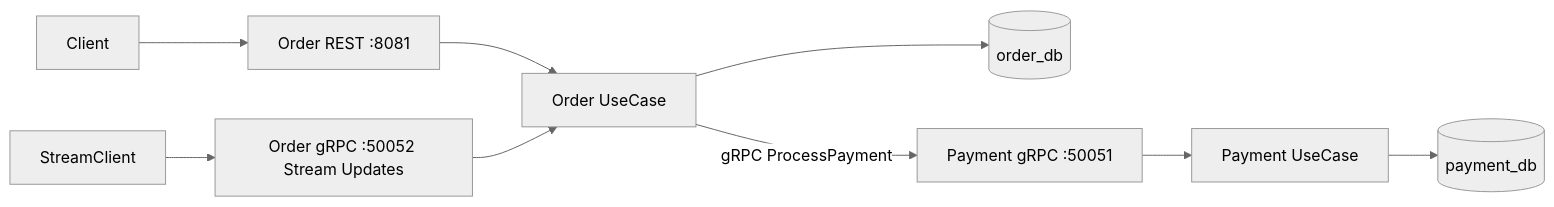
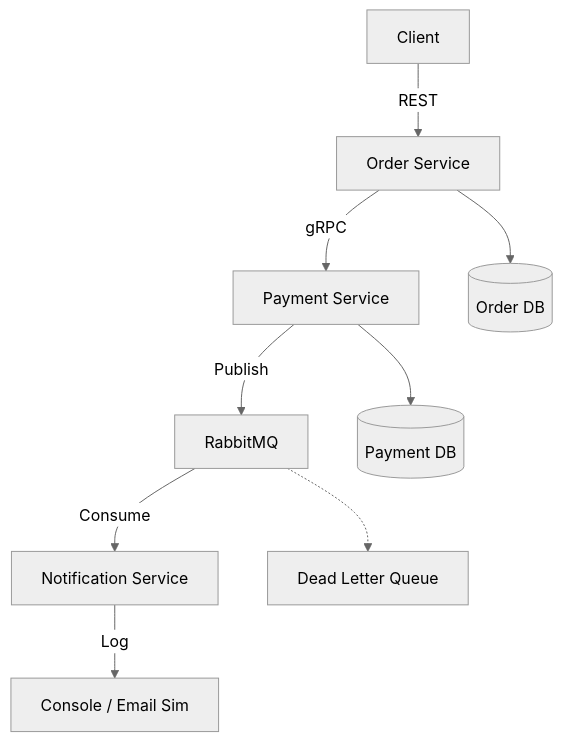
One commit to Meirzhan1/Microservices-Order-Payment-Go changed the diagram in README.md. Above: the diagram before and after it, drawn with Mermaid (neutral theme). The commit also changed other lines of this file and 37 other files, not shown here.

Commit message:
feat: implement Notification Service and RabbitMQ flow for Assignment 3

````diff
--- a/README.md
+++ b/README.md
@@ -19,12 +21,13 @@
 ```mermaid
-flowchart LR
-  Client --> OREST[Order REST :8081]
-  OREST --> OUC[Order UseCase]
-  OUC --> ODB[(order_db)]
-  OUC -->|gRPC ProcessPayment| PGRPC[Payment gRPC :50051]
-  PGRPC --> PUC[Payment UseCase]
-  PUC --> PDB[(payment_db)]
-
-  StreamClient --> OGRPC[Order gRPC :50052 Stream Updates]
-  OGRPC --> OUC
+flowchart TD
+  Client -->|REST| O[Order Service]
+  O -->|gRPC| P[Payment Service]
+  P -->|Publish| RMQ[RabbitMQ]
+  RMQ -->|Consume| N[Notification Service]
+  N -->|Log| Console[Console / Email Sim]
+  
+  O --> ODB[(Order DB)]
+  P --> PDB[(Payment DB)]
+  
+  RMQ -.-> DLQ[Dead Letter Queue]
 ```
````
